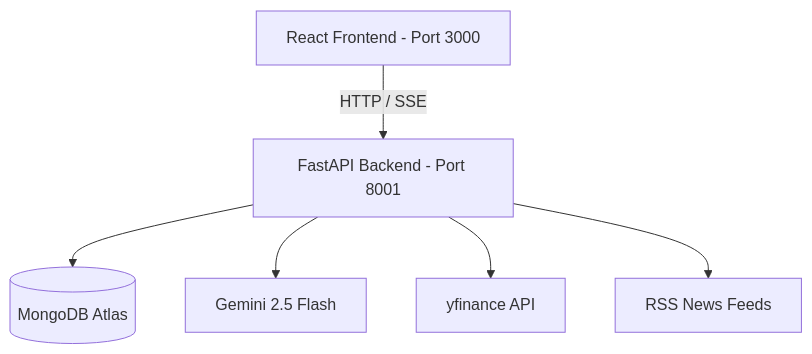
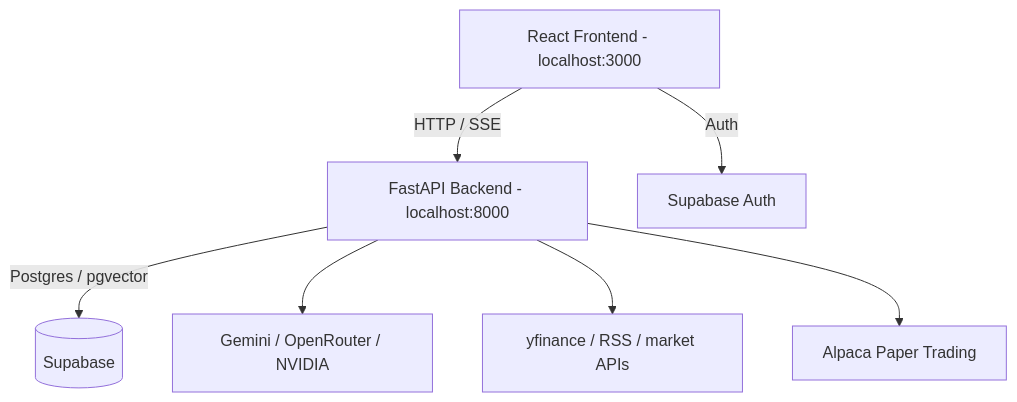
Before and after one commit to Jashwanth2343/Marketflux: the diagram in README.md, drawn with Mermaid. The commit also changed other lines of this file and 70 other files, not shown here.

````diff
--- a/README.md
+++ b/README.md
@@ -74,8 +58,9 @@
 ```mermaid
 graph TD
-    A[React Frontend - Port 3000] -->|HTTP / SSE| B[FastAPI Backend - Port 8001]
-    B --> C[(MongoDB Atlas)]
-    B --> D[Gemini 2.5 Flash]
-    B --> E[yfinance API]
-    B --> F[RSS News Feeds]
+    A[React Frontend - localhost:3000] -->|HTTP / SSE| B[FastAPI Backend - localhost:8000]
+    A -->|Auth| C[Supabase Auth]
+    B -->|Postgres / pgvector| D[(Supabase)]
+    B --> E[Gemini / OpenRouter / NVIDIA]
+    B --> F[yfinance / RSS / market APIs]
+    B --> G[Alpaca Paper Trading]
 ```
````
